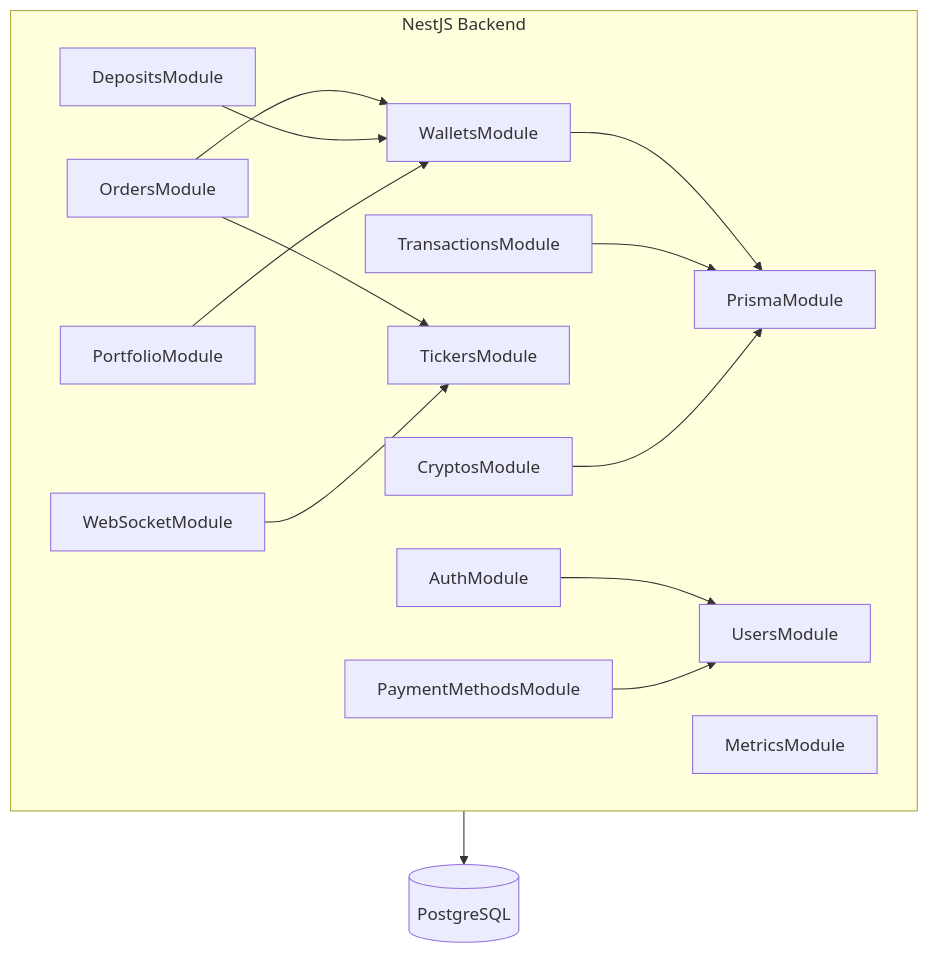
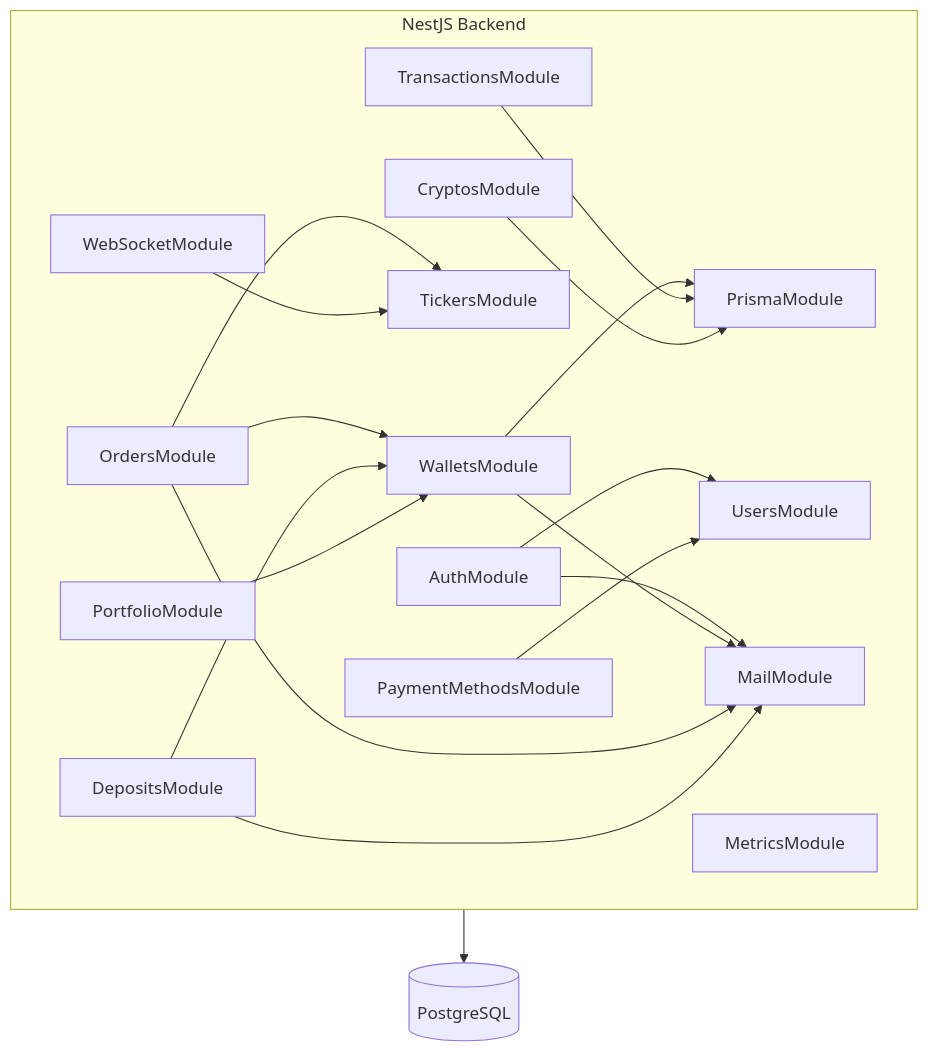
Before and after one commit to mmizin/CryptoSandboxQA: the first of 2 diagrams in ARCHITECTURE.md, drawn with Mermaid. The commit also changed other lines of this file and 14 other files, not shown here.

First line of the commit message:
feat(mail): integrate MailModule for transactional emails across services (#51)

````diff
--- a/ARCHITECTURE.md
+++ b/ARCHITECTURE.md
@@ -35,30 +35,35 @@
 ```mermaid
 flowchart TB
     subgraph nest [NestJS Backend]
         PrismaModule[PrismaModule]
+        MailModule[MailModule]
         AuthModule[AuthModule]
         UsersModule[UsersModule]
         WalletsModule[WalletsModule]
         OrdersModule[OrdersModule]
         TickersModule[TickersModule]
         CryptosModule[CryptosModule]
         WebSocketModule[WebSocketModule]
         DepositsModule[DepositsModule]
         PaymentMethodsModule[PaymentMethodsModule]
         PortfolioModule[PortfolioModule]
         TransactionsModule[TransactionsModule]
         MetricsModule[MetricsModule]
     end
 
     AuthModule --> UsersModule
+    AuthModule --> MailModule
     WalletsModule --> PrismaModule
+    WalletsModule --> MailModule
     OrdersModule --> WalletsModule
     OrdersModule --> TickersModule
+    OrdersModule --> MailModule
     DepositsModule --> WalletsModule
+    DepositsModule --> MailModule
     PaymentMethodsModule --> UsersModule
     PortfolioModule --> WalletsModule
     TransactionsModule --> PrismaModule
     WebSocketModule --> TickersModule
     CryptosModule --> PrismaModule
     nest --> PostgreSQL[(PostgreSQL)]
 ```
````
